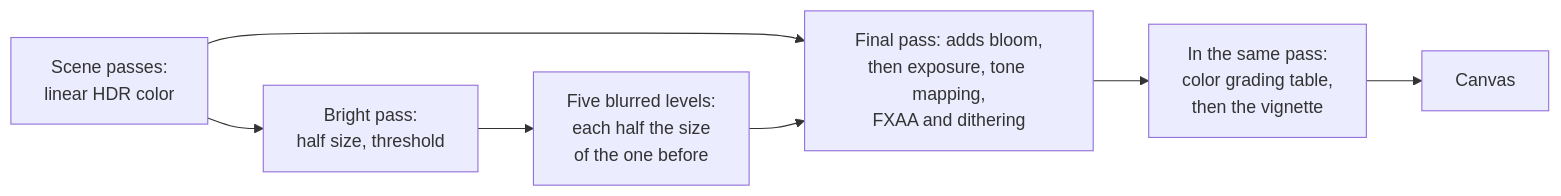
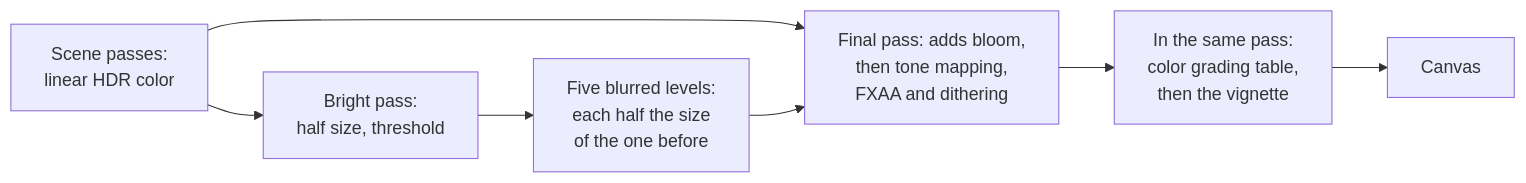
The diagram in docs/concepts/post-processing.md (null3d-engine/null3d), drawn with Mermaid before and after one commit. The commit also changed other lines of this file and 62 other files, not shown here.

````diff
--- a/docs/concepts/post-processing.md
+++ b/docs/concepts/post-processing.md
@@ -13,9 +13,9 @@
 ```mermaid
 flowchart LR
     scene["Scene passes:<br/>linear HDR color"] --> bright["Bright pass:<br/>half size, threshold"]
     bright --> levels["Five blurred levels:<br/>each half the size<br/>of the one before"]
-    scene --> final["Final pass: adds bloom,<br/>then exposure, tone mapping,<br/>FXAA and dithering"]
+    scene --> final["Final pass: adds bloom,<br/>then tone mapping,<br/>FXAA and dithering"]
     levels --> final
     final --> grade["In the same pass:<br/>color grading table,<br/>then the vignette"]
     grade --> canvas["Canvas"]
 ```
````
